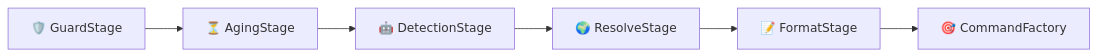
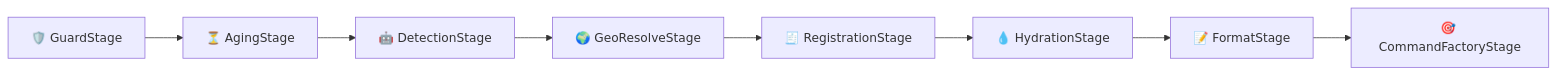
One commit to antlbn/Timezone_bot changed the second of 6 diagrams in docs/ARCHITECTURE.md. Above: the diagram before and after it, drawn with Mermaid. The commit also changed other lines of this file and 9 other files, not shown here.

````diff
--- a/docs/ARCHITECTURE.md
+++ b/docs/ARCHITECTURE.md
@@ -91,4 +91,4 @@
 ```mermaid
 graph LR
-    S1["🛡️ GuardStage"] --> S2["⏳ AgingStage"] --> S3["🤖 DetectionStage"] --> S4["🌍 ResolveStage"] --> S5["📝 FormatStage"] --> S6["🎯 CommandFactory"]
+    S1["🛡️ GuardStage"] --> S2["⏳ AgingStage"] --> S3["🤖 DetectionStage"] --> S4["🌍 GeoResolveStage"] --> S5["🧾 RegistrationStage"] --> S6["💧 HydrationStage"] --> S7["📝 FormatStage"] --> S8["🎯 CommandFactoryStage"]
 ```
````
